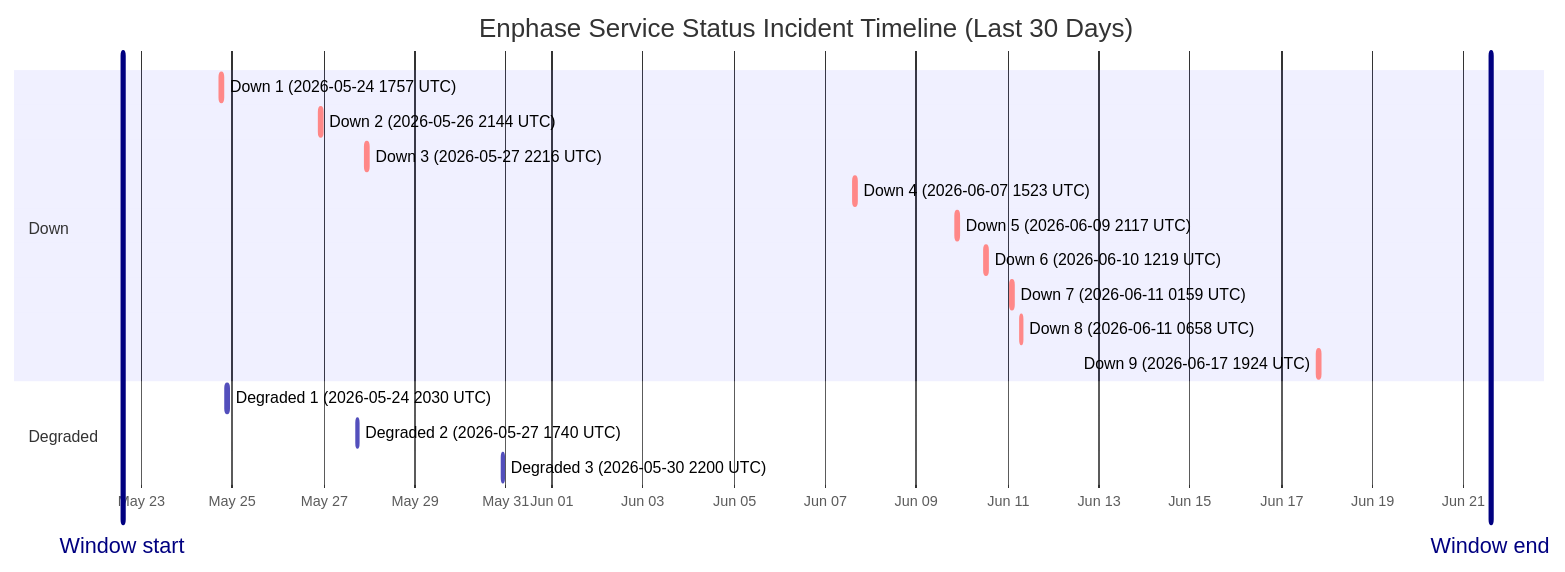
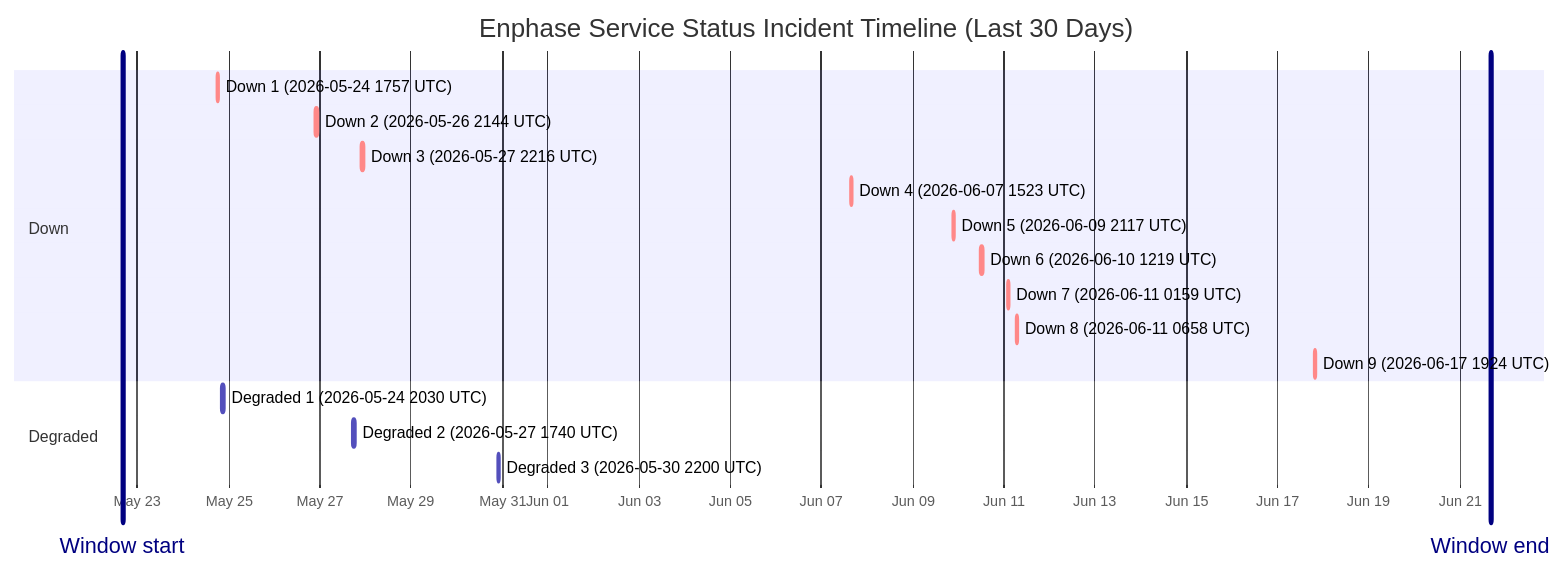
The diagram in wiki/Service-Status-History.md (barneyonline/ha-enphase-energy), drawn with Mermaid before and after one commit. The commit also changed other lines of this file and 3 other files, not shown here.

````diff
--- a/wiki/Service-Status-History.md
+++ b/wiki/Service-Status-History.md
@@ -14,22 +14,22 @@
 ```mermaid
 gantt
     title Enphase Service Status Incident Timeline (Last 30 Days)
     dateFormat  YYYY-MM-DDTHH:mm:ss
     axisFormat  %b %d
-    Window start :vert, window-start, 2026-05-22T14:08:29, 0ms
-    Window end :vert, window-end, 2026-06-21T14:08:29, 0ms
+    Window start :vert, window-start, 2026-05-22T16:14:27, 0ms
+    Window end :vert, window-end, 2026-06-21T16:14:27, 0ms
     section Down
     Down 1 (2026-05-24 1757 UTC) :crit, down-1, 2026-05-24T17:57:41, 86m
     Down 2 (2026-05-26 2144 UTC) :crit, down-2, 2026-05-26T21:44:11, 85m
     Down 3 (2026-05-27 2216 UTC) :crit, down-3, 2026-05-27T22:16:53, 87m
     Down 4 (2026-06-07 1523 UTC) :crit, down-4, 2026-06-07T15:23:22, 87m
     Down 5 (2026-06-09 2117 UTC) :crit, down-5, 2026-06-09T21:17:17, 60m
     Down 6 (2026-06-10 1219 UTC) :crit, down-6, 2026-06-10T12:19:21, 60m
     Down 7 (2026-06-11 0159 UTC) :crit, down-7, 2026-06-11T01:59:36, 60m
     Down 8 (2026-06-11 0658 UTC) :crit, down-8, 2026-06-11T06:58:45, 60m
     Down 9 (2026-06-17 1924 UTC) :crit, down-9, 2026-06-17T19:24:51, 60m
     section Degraded
     Degraded 1 (2026-05-24 2030 UTC) :active, degraded-1, 2026-05-24T20:30:57, 84m
     Degraded 2 (2026-05-27 1740 UTC) :active, degraded-2, 2026-05-27T17:40:52, 60m
     Degraded 3 (2026-05-30 2200 UTC) :active, degraded-3, 2026-05-30T22:00:37, 60m
 ```
````
